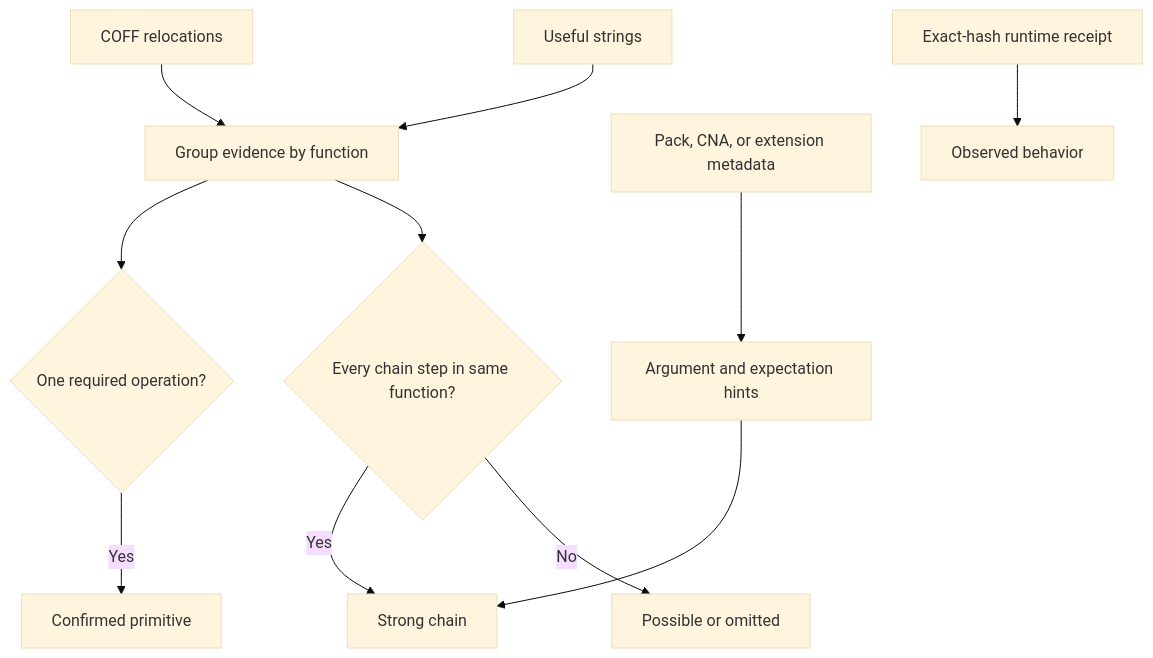
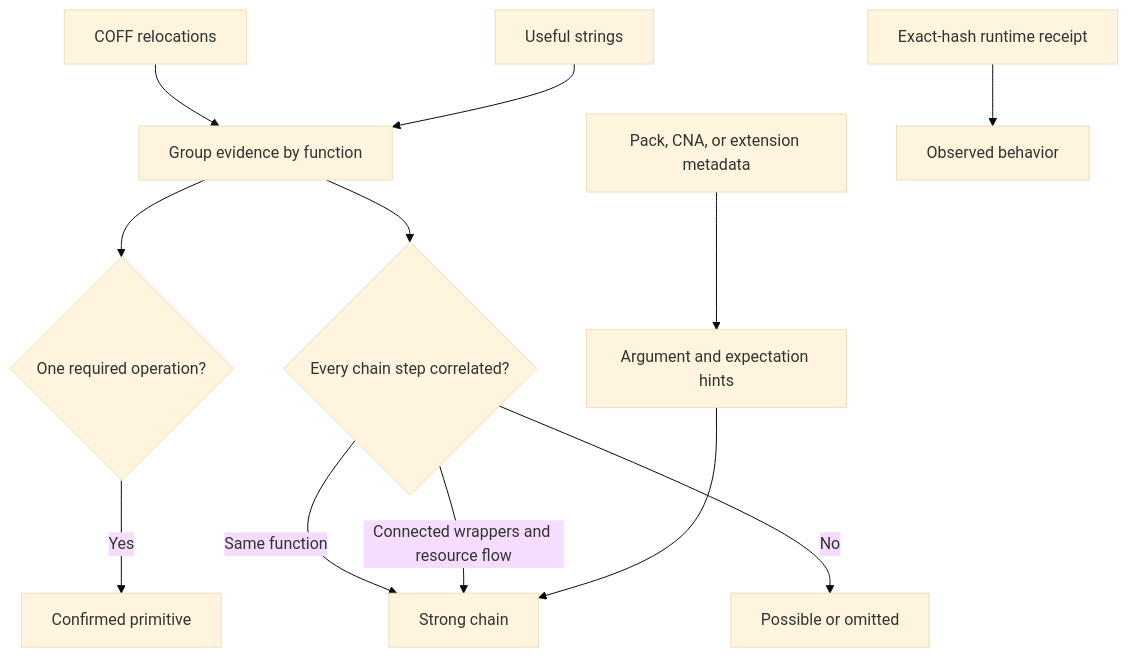
Before and after one commit to professor-moody/bofbench: the diagram in docs/report-interpretation.md, drawn with Mermaid (base theme). The commit also changed other lines of this file and 17 other files, not shown here.

````diff
--- a/docs/report-interpretation.md
+++ b/docs/report-interpretation.md
@@ -44,13 +44,14 @@
 ```mermaid
 flowchart TD
     R[COFF relocations] --> F[Group evidence by function]
     S[Useful strings] --> F
     M[Pack, CNA, or extension metadata] --> A[Argument and expectation hints]
     F --> P{One required operation?}
     P -->|Yes| C[Confirmed primitive]
-    F --> Q{Every chain step in same function?}
-    Q -->|Yes| H[Strong chain]
+    F --> Q{Every chain step correlated?}
+    Q -->|Same function| H[Strong chain]
+    Q -->|Connected wrappers and resource flow| H
     Q -->|No| O[Possible or omitted]
     A --> H
     E[Exact-hash runtime receipt] --> V[Observed behavior]
 ```
````
